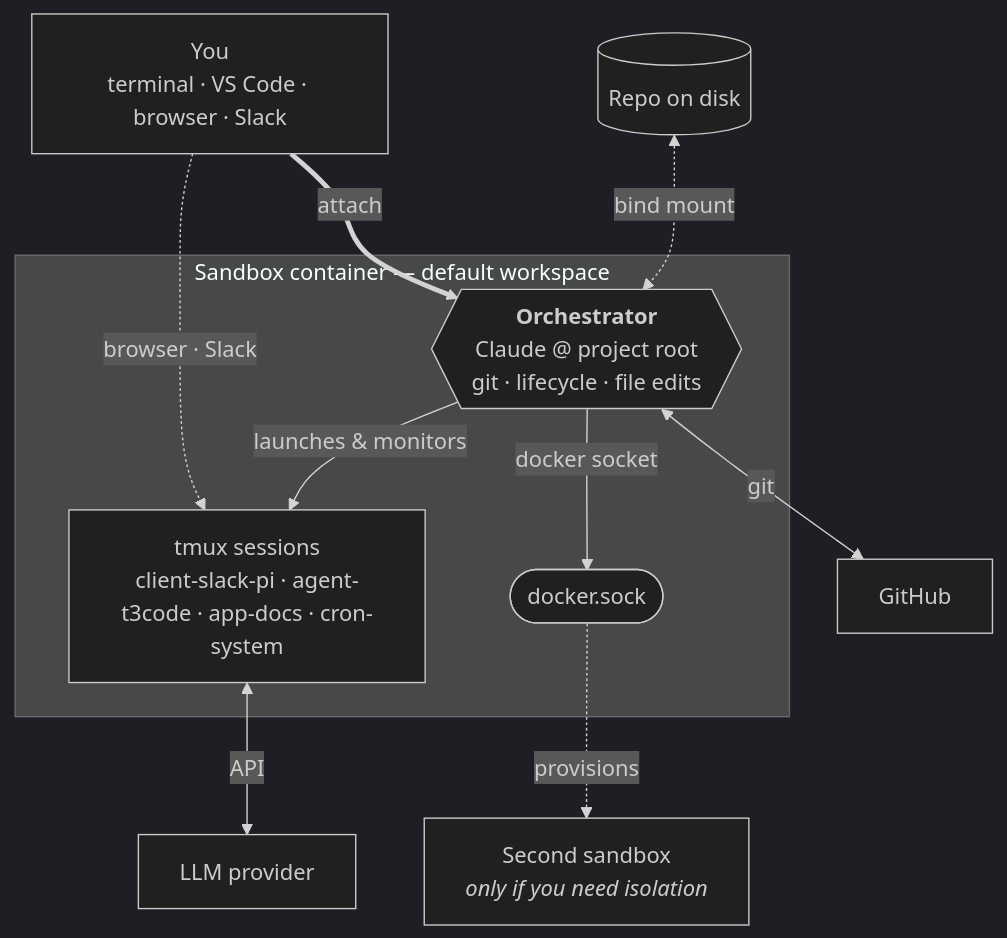
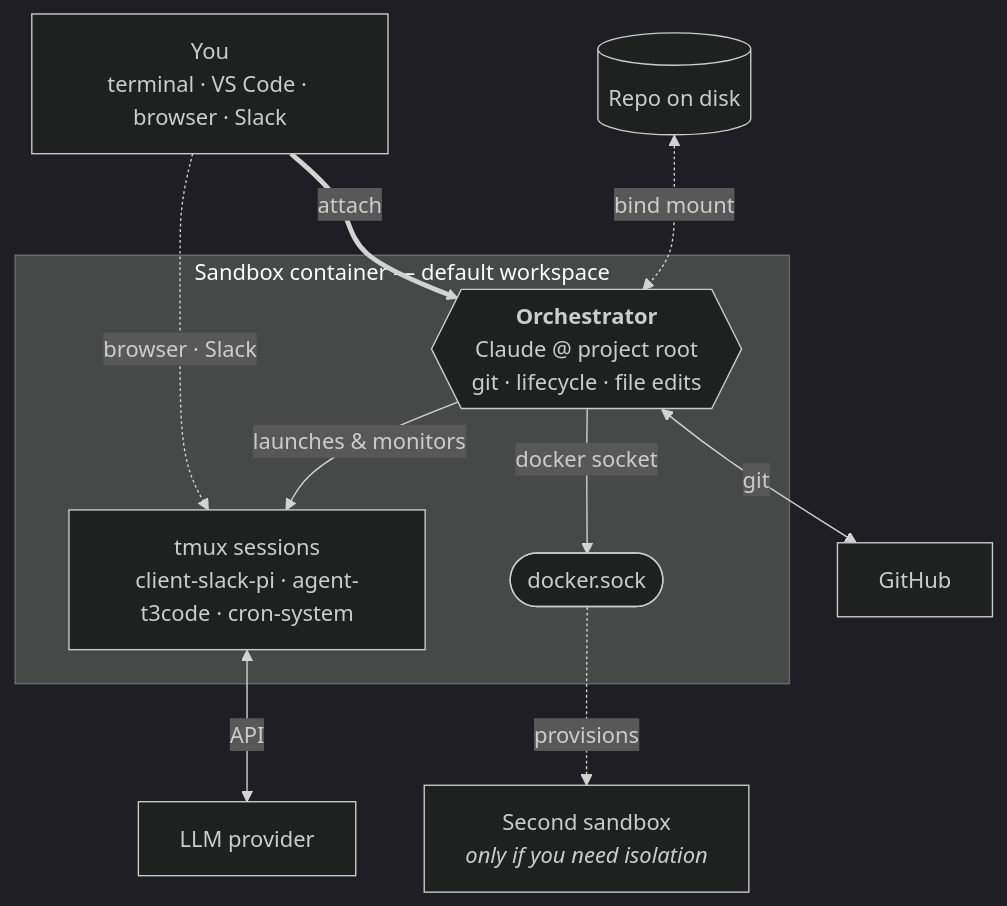
The diagram in docs/intro.md (mifunedev/openharness), drawn with Mermaid (dark theme) before and after one commit. The commit also changed other lines of this file and 21 other files, not shown here.

````diff
--- a/docs/intro.md
+++ b/docs/intro.md
@@ -33,24 +31,24 @@
 ```mermaid
 flowchart TB
     You["You<br/>terminal · VS Code · browser · Slack"]
     Repo[("Repo on disk")]
     GH["GitHub"]
     LLM["LLM provider"]
 
     subgraph sandbox["Sandbox container — default workspace"]
         Orch{{"<b>Orchestrator</b><br/>Claude @ project root<br/>git · lifecycle · file edits"}}
-        Tmux["tmux sessions<br/>client-slack-pi · agent-t3code · app-docs · cron-system"]
+        Tmux["tmux sessions<br/>client-slack-pi · agent-t3code · cron-system"]
         Sock(["docker.sock"])
     end
 
     Sb2["Second sandbox<br/><i>only if you need isolation</i>"]
 
     You ==>|attach| Orch
     You -.->|browser · Slack| Tmux
     Repo <-.->|bind mount| Orch
     Orch -->|launches & monitors| Tmux
     Orch <-->|git| GH
     Tmux <-->|API| LLM
     Orch -->|docker socket| Sock
     Sock -.->|provisions| Sb2
 ```
````
